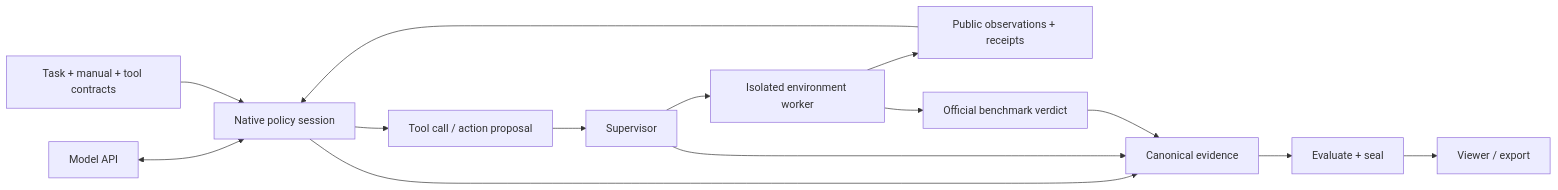
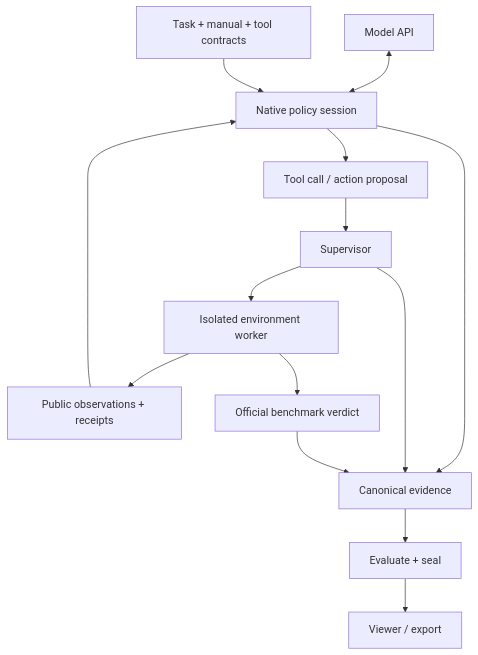
The diagram in docs/architecture.md (hao-ai-lab/ORA), drawn with Mermaid before and after one commit. The commit also changed 25 other files, not shown here.

````diff
--- a/docs/architecture.md
+++ b/docs/architecture.md
@@ -5,16 +5,16 @@
 ```mermaid
-flowchart LR
+flowchart TB
     API[Model API] <--> N[Native policy session]
     M[Task + manual + tool contracts] --> N
     O[Public observations + receipts] --> N
     N --> T[Tool call / action proposal]
     T --> S[Supervisor]
     S --> W[Isolated environment worker]
     W --> O
     W --> V[Official benchmark verdict]
     N --> E[Canonical evidence]
     S --> E
     V --> E
     E --> R[Evaluate + seal]
     R --> G[Viewer / export]
 ```
````
